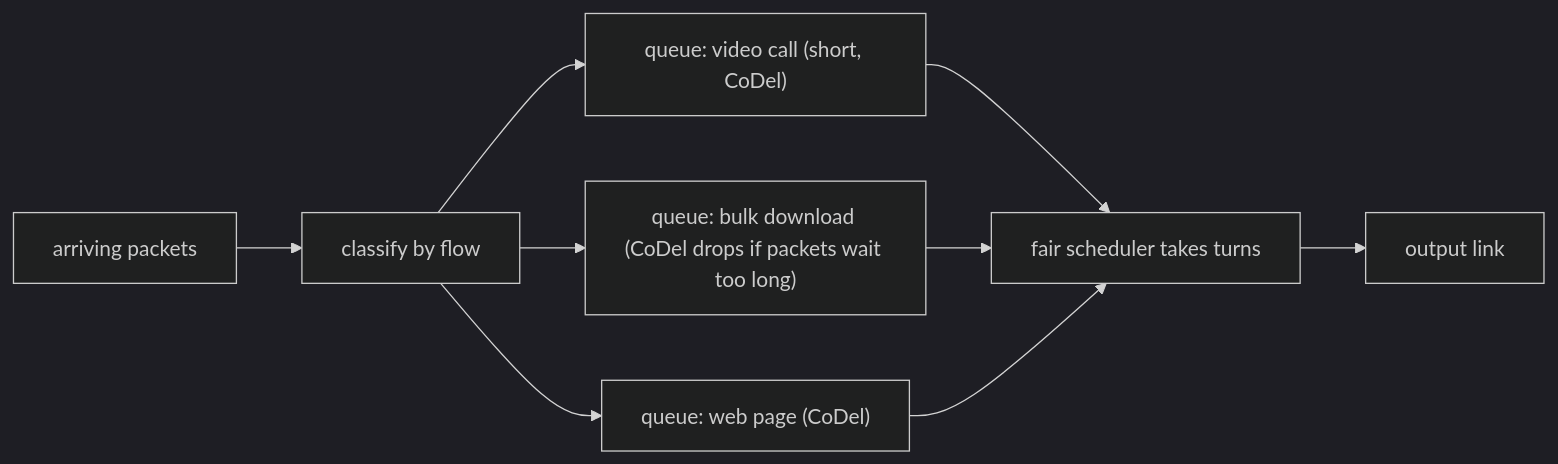
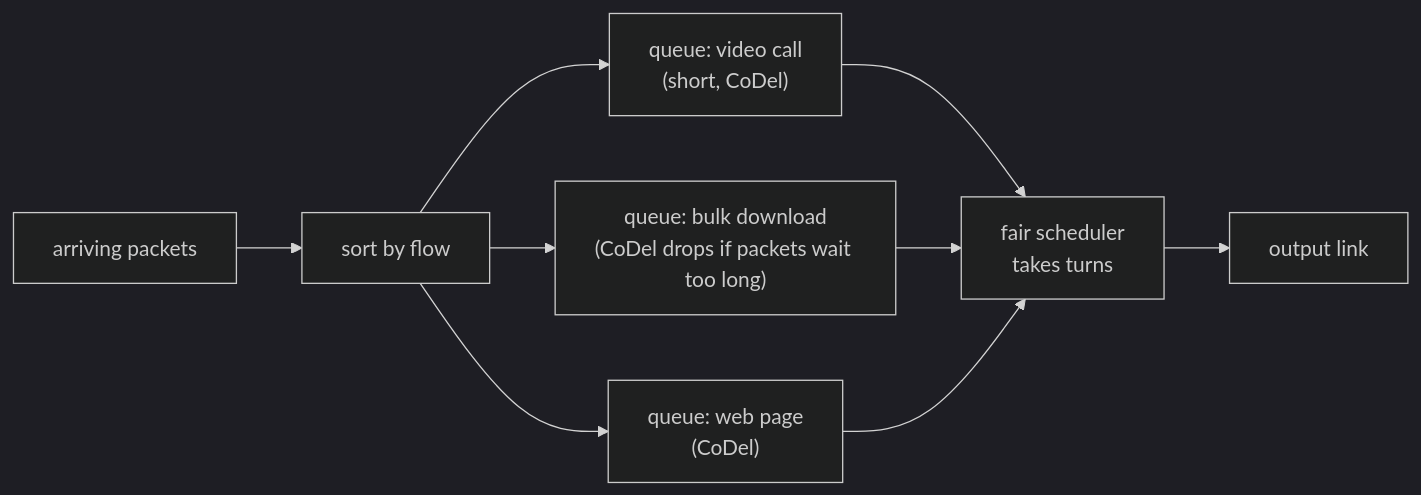
One commit to FahimMashroor/Chalmers_CSC changed diagram 29 of 34 in EDA387-Computer-Networks/04-TCP.md. Above: the diagram before and after it, drawn with Mermaid (dark theme). The commit also changed other lines of this file, not shown here.

Commit message:
Rewrite 04 TCP in simple language with examples and diagrams

````diff
--- a/EDA387-Computer-Networks/04-TCP.md
+++ b/EDA387-Computer-Networks/04-TCP.md
@@ -803,11 +1124,11 @@
 ```mermaid
 flowchart LR
-  in["arriving packets"] --> cls["classify by flow"]
-  cls --> q1["queue: video call (short, CoDel)"]
-  cls --> q2["queue: bulk download (CoDel drops if packets wait too long)"]
-  cls --> q3["queue: web page (CoDel)"]
-  q1 --> sch["fair scheduler takes turns"]
+  in["arriving packets"] --> cls["sort by flow"]
+  cls --> q1["queue: video call<br/>(short, CoDel)"]
+  cls --> q2["queue: bulk download<br/>(CoDel drops if packets wait too long)"]
+  cls --> q3["queue: web page<br/>(CoDel)"]
+  q1 --> sch["fair scheduler<br/>takes turns"]
   q2 --> sch
   q3 --> sch
   sch --> out["output link"]
 ```
````
